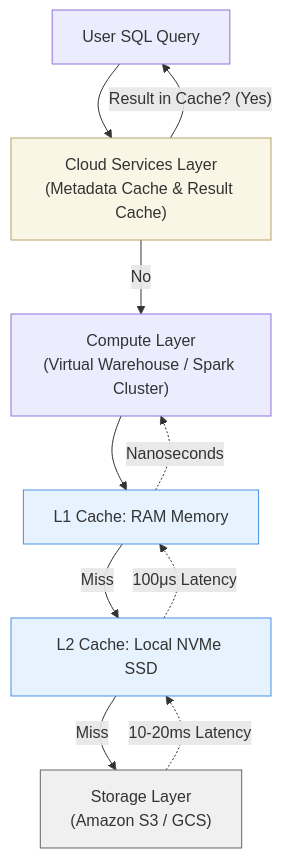
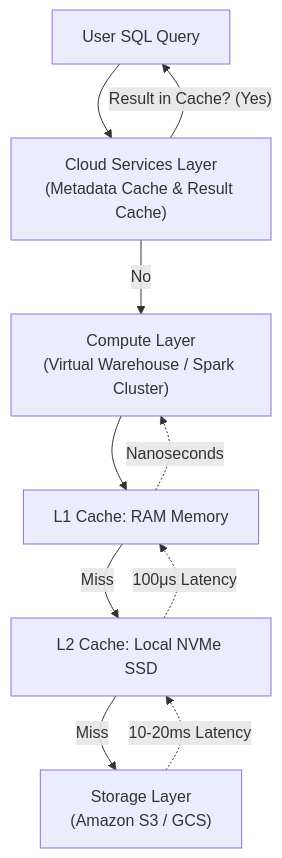
The second of 2 diagrams in src/content/docs/concepts/1-distributed-systems-architecture/storage-compute-decoupling.md (kythuatdulieu/kythuatdulieu.github.io), drawn with Mermaid before and after one commit. The commit also changed 682 other files, not shown here.

````diff
--- a/src/content/docs/concepts/1-distributed-systems-architecture/storage-compute-decoupling.md
+++ b/src/content/docs/concepts/1-distributed-systems-architecture/storage-compute-decoupling.md
@@ -85,18 +85,17 @@
 ```mermaid
 flowchart TD
     Q["User SQL Query"] --> C["Cloud Services Layer\n(Metadata Cache & Result Cache)"]
     C -- "Result in Cache? (Yes)" --> Q
     C -- "No" --> WH["Compute Layer\n(Virtual Warehouse / Spark Cluster)"]
     WH --> L1["L1 Cache: RAM Memory"]
     L1 -- "Miss" --> L2["L2 Cache: Local NVMe SSD"]
     L2 -- "Miss" --> S3["Storage Layer\n(Amazon S3 / GCS)"]
     
     S3 -.->|"10-20ms Latency"| L2
     L2 -.->|"100μs Latency"| L1
     L1 -.->|"Nanoseconds"| WH
-    
-    style C fill:#f9f6e5,stroke:#b8a36c
-    style L1 fill:#e6f3ff,stroke:#4a90e2
-    style L2 fill:#e6f3ff,stroke:#4a90e2
-    style S3 fill:#f0f0f0,stroke:#666
+
+
+
+
 ```
````
